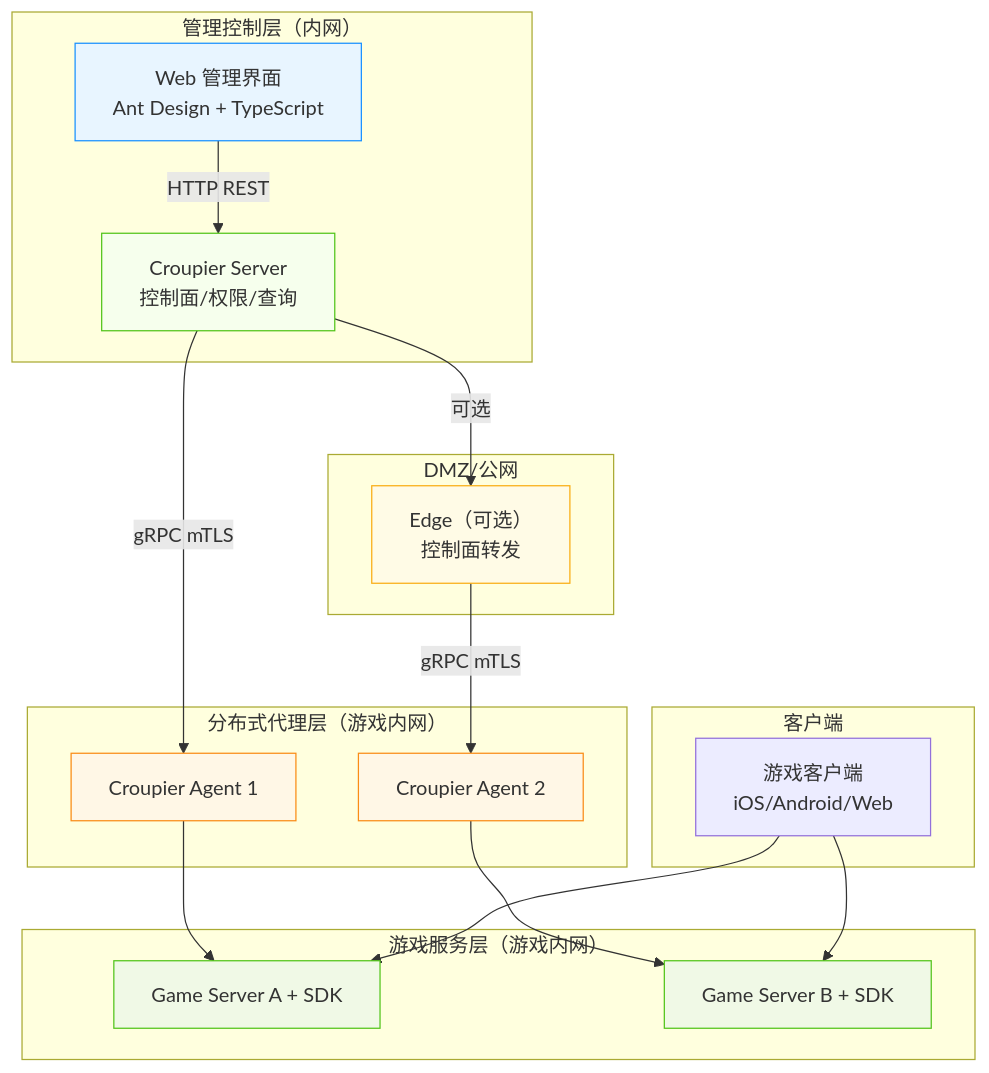
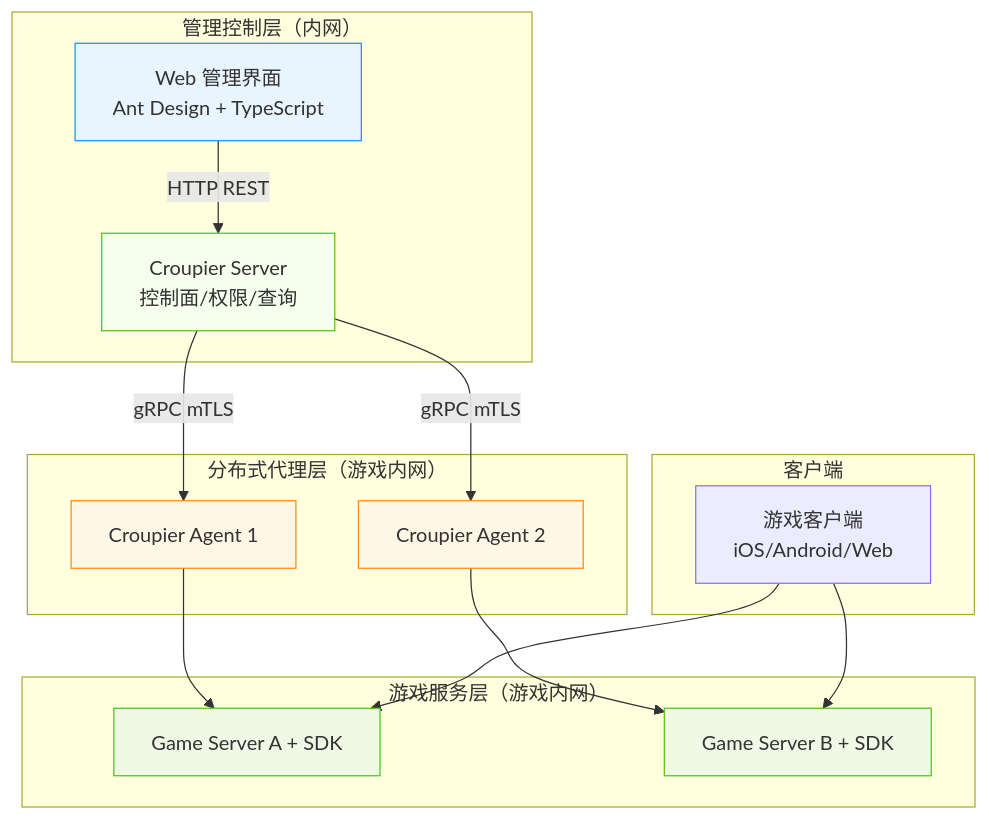
The diagram in docs/README.md (cuihairu/croupier), drawn with Mermaid before and after one commit. The commit also changed other lines of this file and 15 other files, not shown here.

````diff
--- a/docs/README.md
+++ b/docs/README.md
@@ -91,46 +90,39 @@
 ```mermaid
 graph TB
   subgraph "客户端"
     Client[游戏客户端<br/>iOS/Android/Web]
   end
 
   subgraph "管理控制层（内网）"
     UI[Web 管理界面<br/>Ant Design + TypeScript]
     Server[Croupier Server<br/>控制面/权限/查询]
-  end
-
-  subgraph "DMZ/公网"
-    Edge[Edge（可选）<br/>控制面转发]
   end
 
   subgraph "分布式代理层（游戏内网）"
     A1[Croupier Agent 1]
     A2[Croupier Agent 2]
   end
 
   subgraph "游戏服务层（游戏内网）"
     GS1[Game Server A + SDK]
     GS2[Game Server B + SDK]
   end
 
   UI -->|HTTP REST| Server
   Server -->|gRPC mTLS| A1
-  Server -->|可选| Edge
-  Edge -->|gRPC mTLS| A2
+  Server -->|gRPC mTLS| A2
   A1 --> GS1
   A2 --> GS2
   Client --> GS1
   Client --> GS2
 
   classDef ui fill:#e8f5ff,stroke:#1890ff
   classDef server fill:#f6ffed,stroke:#52c41a
   classDef agent fill:#fff7e6,stroke:#fa8c16
   classDef game fill:#f0f9e6,stroke:#52c41a
-  classDef dmz fill:#fffbe6,stroke:#faad14
 
   class UI ui
   class Server server
   class A1,A2 agent
   class GS1,GS2 game
-  class Edge dmz
 ```
````
